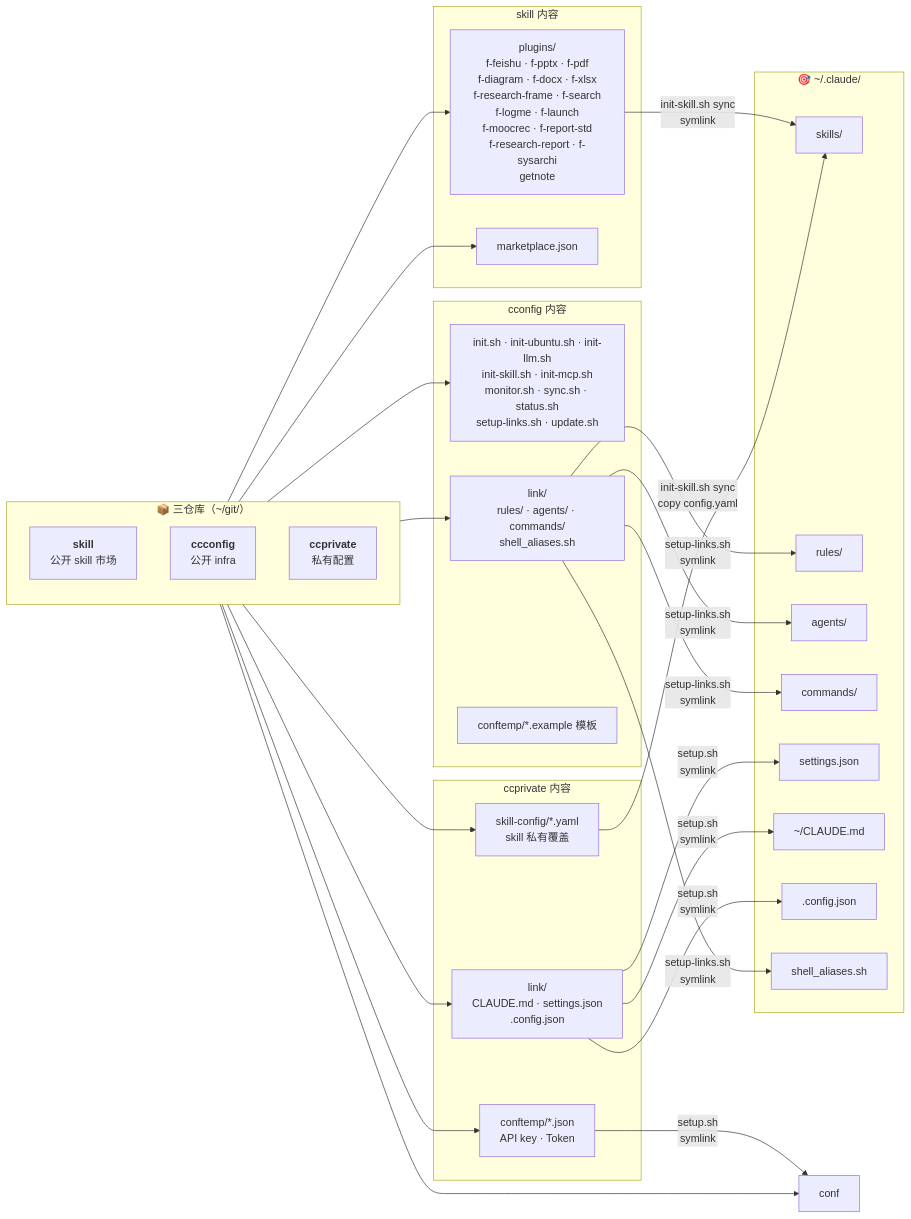
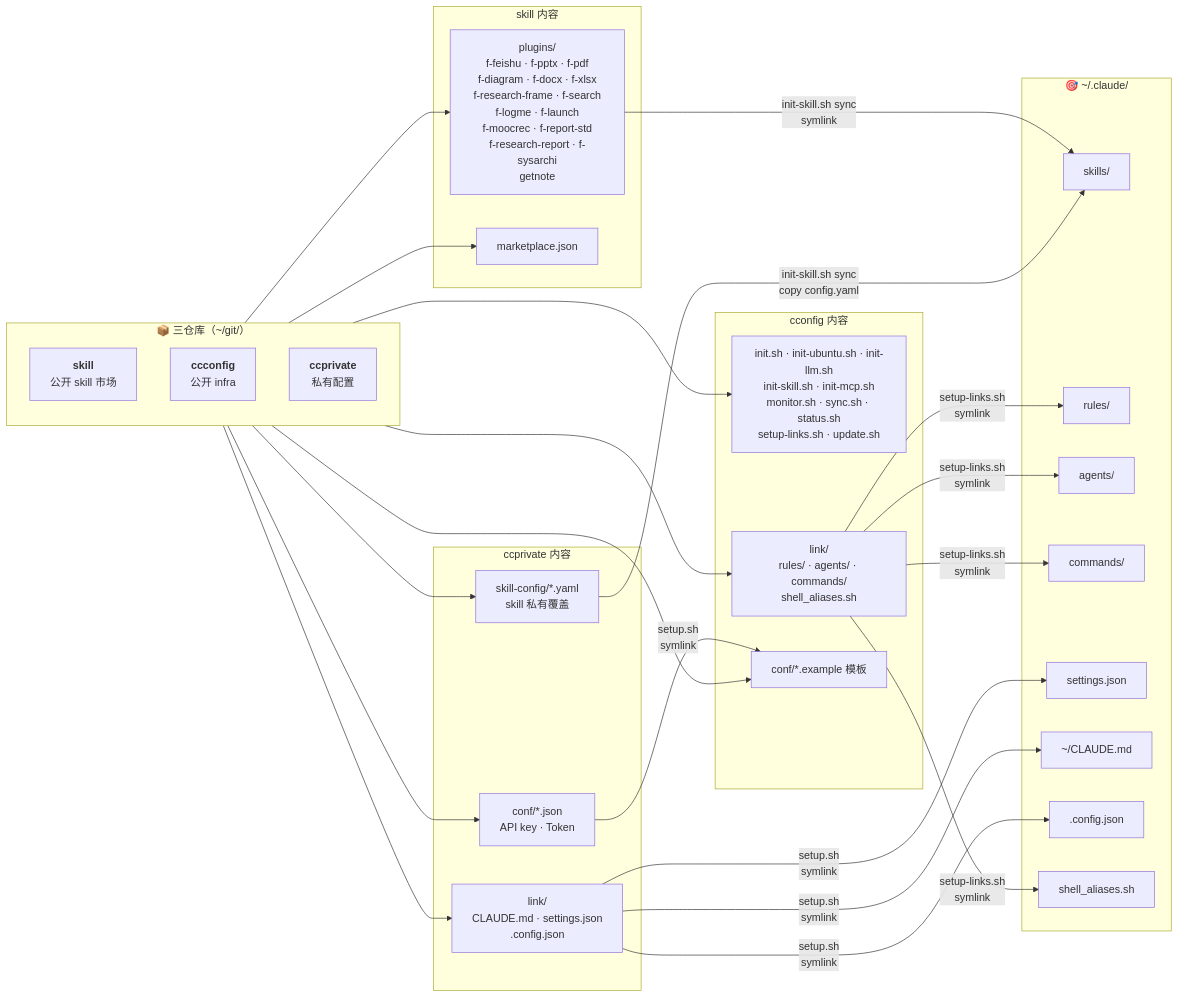
One commit to mengfanchun2017/ccconfig changed the diagram in README.md. Above: the diagram before and after it, drawn with Mermaid. The commit also changed other lines of this file and 58 other files, not shown here.

````diff
--- a/README.md
+++ b/README.md
@@ -39,57 +39,57 @@
 ```mermaid
 flowchart LR
   subgraph repos["📦 三仓库（~/git/）"]
     direction TB
     skills["<b>skill</b><br/>公开 skill 市场"]
     ccconfig["<b>ccconfig</b><br/>公开 infra"]
     ccprivate["<b>ccprivate</b><br/>私有配置"]
   end
 
   subgraph skills_content["skill 内容"]
     plugins["plugins/<br/>f-feishu · f-pptx · f-pdf<br/>f-diagram · f-docx · f-xlsx<br/>f-research-frame · f-search<br/>f-logme · f-launch<br/>f-moocrec · f-report-std<br/>f-research-report · f-sysarchi<br/>getnote"]
     marketplace["marketplace.json"]
   end
 
   subgraph cc_content["cconfig 内容"]
     scripts["init.sh · init-ubuntu.sh · init-llm.sh<br/>init-skill.sh · init-mcp.sh<br/>monitor.sh · sync.sh · status.sh<br/>setup-links.sh · update.sh"]
     link["link/<br/>rules/ · agents/ · commands/<br/>shell_aliases.sh"]
-    conftemp["conftemp/*.example 模板"]
+    conf["conf/*.example 模板"]
   end
 
   subgraph ccprivate_content["ccprivate 内容"]
-    secrets["conftemp/*.json<br/>API key · Token"]
+    secrets["conf/*.json<br/>API key · Token"]
     personal["link/<br/>CLAUDE.md · settings.json<br/>.config.json"]
     overlay["skill-config/*.yaml<br/>skill 私有覆盖"]
   end
 
   subgraph target["🎯 ~/.claude/"]
     skills_dir["skills/"]
     rules_dir["rules/"]
     agents_dir["agents/"]
     commands_dir["commands/"]
     settings["settings.json"]
     claude_md["~/CLAUDE.md"]
     config_json[".config.json"]
     shell_aliases["shell_aliases.sh"]
   end
 
   skills --> plugins
   skills --> marketplace
   ccconfig --> scripts
   ccconfig --> link
   ccconfig --> conf
   ccprivate --> secrets
   ccprivate --> personal
   ccprivate --> overlay
 
   plugins -- "init-skill.sh sync<br/>symlink" --> skills_dir
   overlay -- "init-skill.sh sync<br/>copy config.yaml" --> skills_dir
   link -- "setup-links.sh<br/>symlink" --> rules_dir
   link -- "setup-links.sh<br/>symlink" --> agents_dir
   link -- "setup-links.sh<br/>symlink" --> commands_dir
   personal -- "setup.sh<br/>symlink" --> settings
   personal -- "setup.sh<br/>symlink" --> claude_md
   personal -- "setup.sh<br/>symlink" --> config_json
   secrets -- "setup.sh<br/>symlink" --> conf
   link -- "setup-links.sh<br/>symlink" --> shell_aliases
 ```
````
